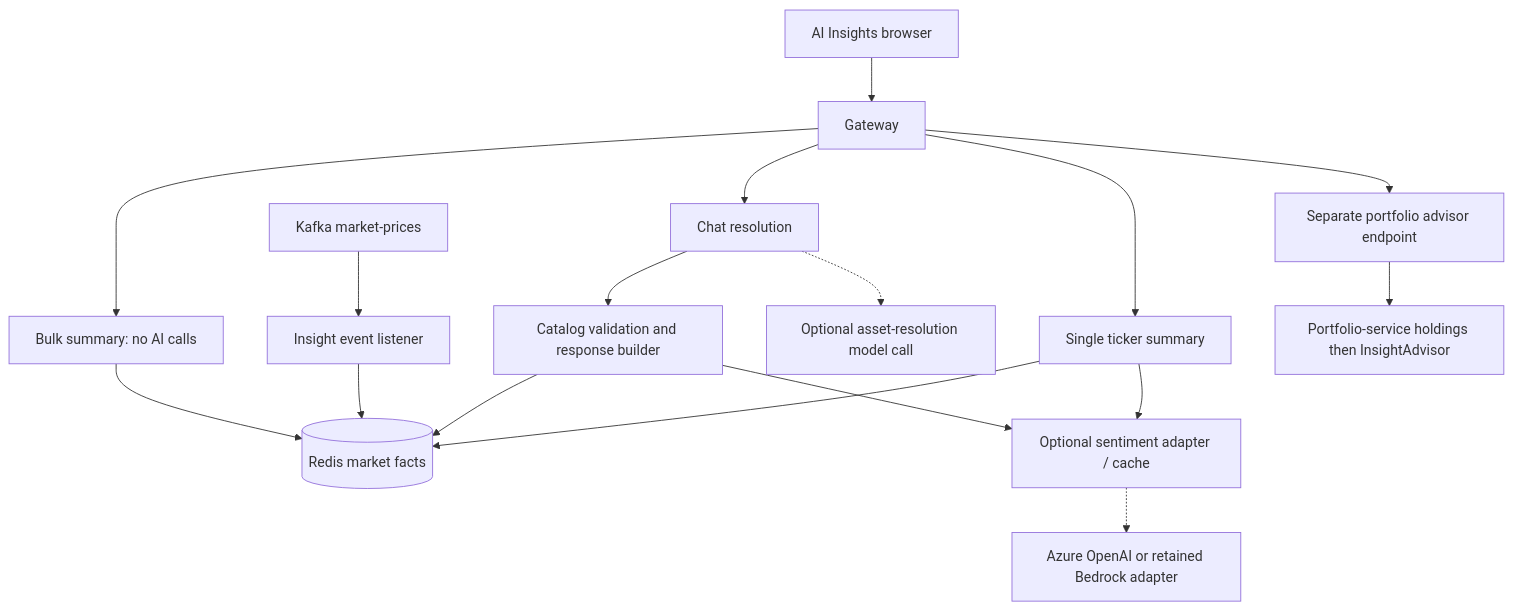
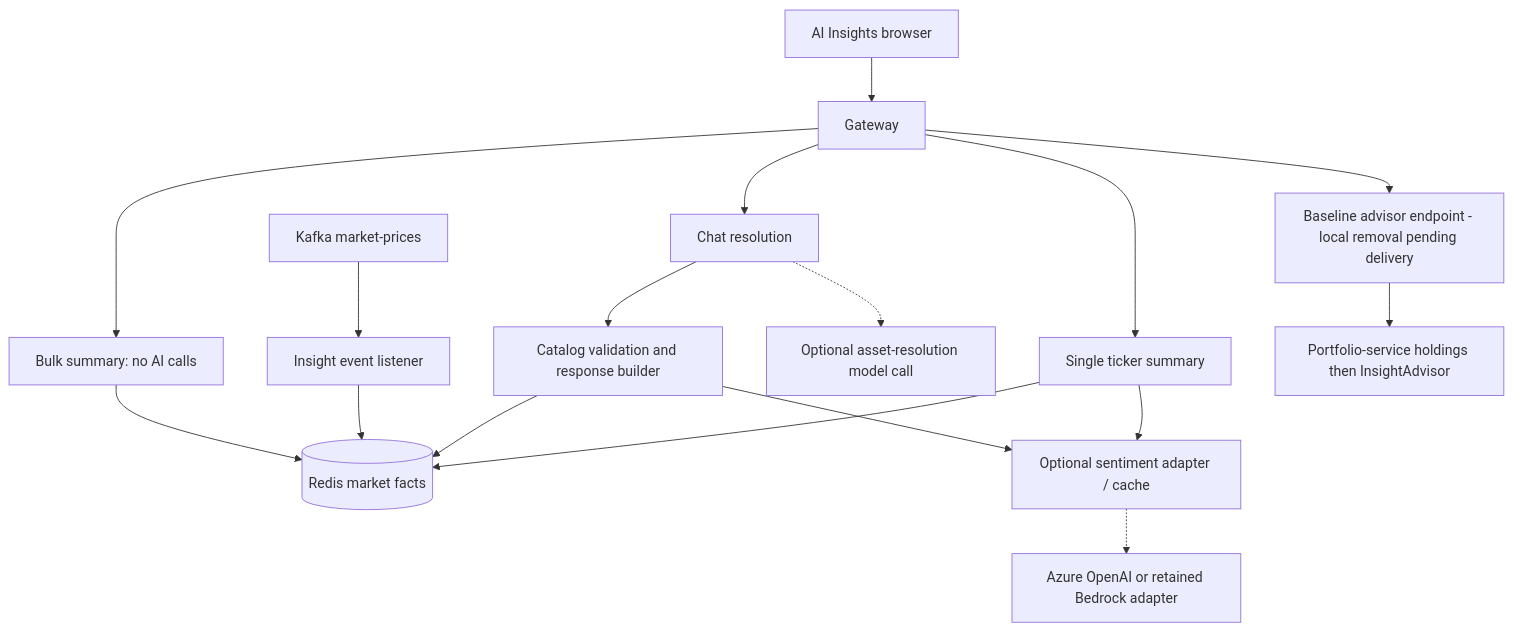
Before and after one commit to vibhanshu-agarwal/wealthmgmtandportfoliotracker: the diagram in docs/e2e-flows/insight-service-e2e.md, drawn with Mermaid. The commit also changed other lines of this file and 5 other files, not shown here.

Commit message:
docs: record reviewed local advisor IDOR route removal

````diff
--- a/docs/e2e-flows/insight-service-e2e.md
+++ b/docs/e2e-flows/insight-service-e2e.md
@@ -149,19 +162,19 @@
 ```mermaid
 flowchart TD
     B[AI Insights browser] --> G[Gateway]
     G --> S[Bulk summary: no AI calls]
     G --> C[Chat resolution]
     G --> T[Single ticker summary]
     S --> R[(Redis market facts)]
     C --> V[Catalog validation and response builder]
     V --> R
     V --> A[Optional sentiment adapter / cache]
     T --> R
     T --> A
     C -.-> L[Optional asset-resolution model call]
     A -.-> O[Azure OpenAI or retained Bedrock adapter]
     K[Kafka market-prices] --> E[Insight event listener]
     E --> R
-    G --> P[Separate portfolio advisor endpoint]
+    G --> P[Baseline advisor endpoint - local removal pending delivery]
     P --> H[Portfolio-service holdings then InsightAdvisor]
 ```
````
